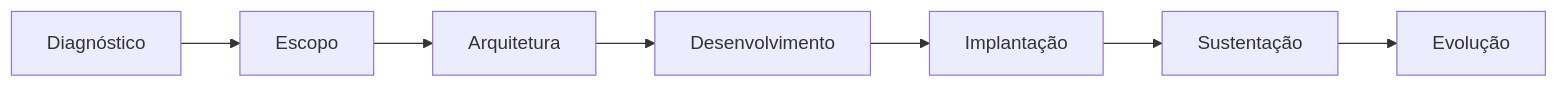
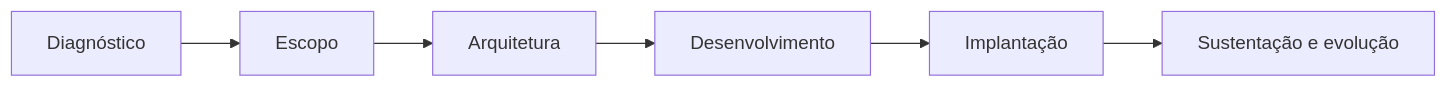
Before and after one commit to GustavoLemosUp/GustavoLemosUp: the second of 2 diagrams in README.md, drawn with Mermaid. The commit also changed other lines of this file, not shown here.

````diff
--- a/README.md
+++ b/README.md
@@ -237,9 +135,8 @@
 ```mermaid
 flowchart LR
     A[Diagnóstico] --> B[Escopo]
     B --> C[Arquitetura]
     C --> D[Desenvolvimento]
     D --> E[Implantação]
-    E --> F[Sustentação]
-    F --> G[Evolução]
+    E --> F[Sustentação e evolução]
 ```
````
